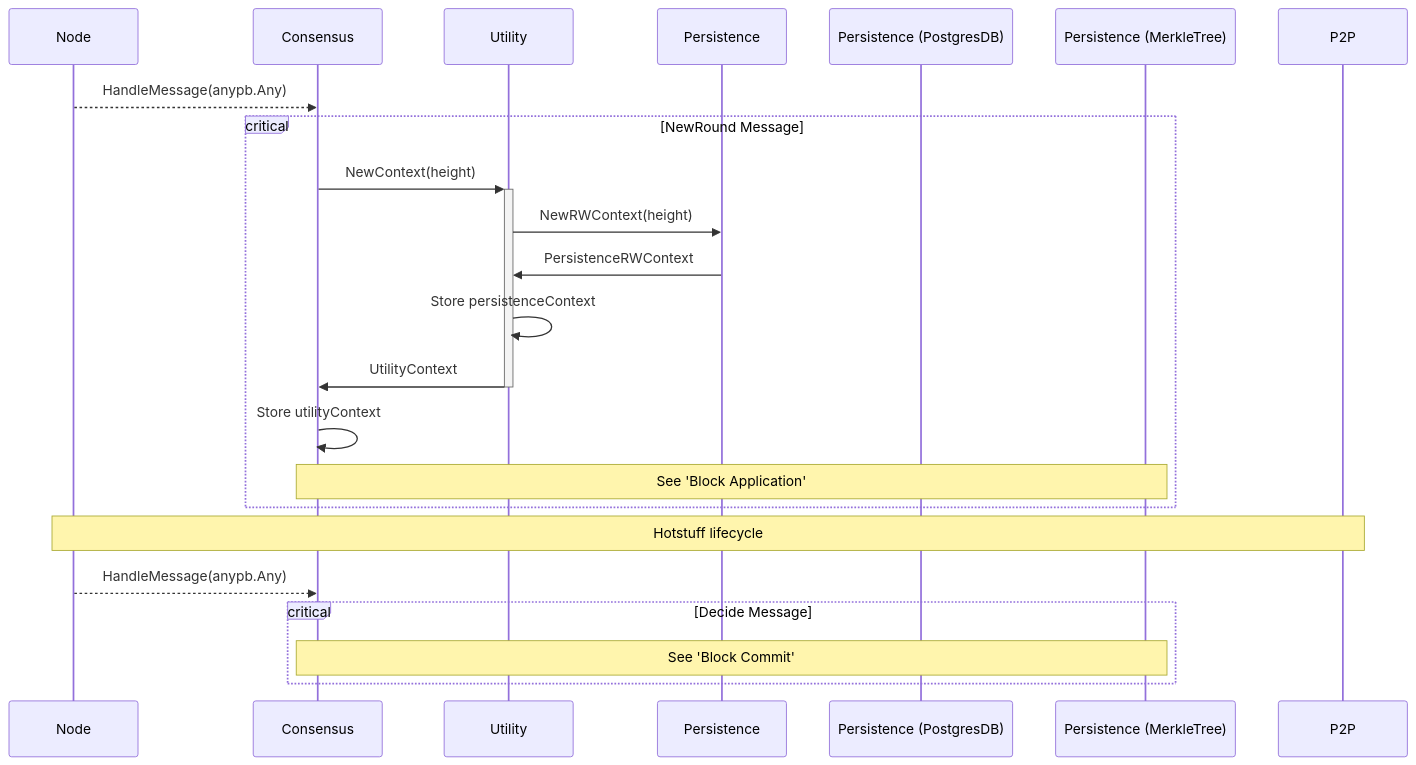
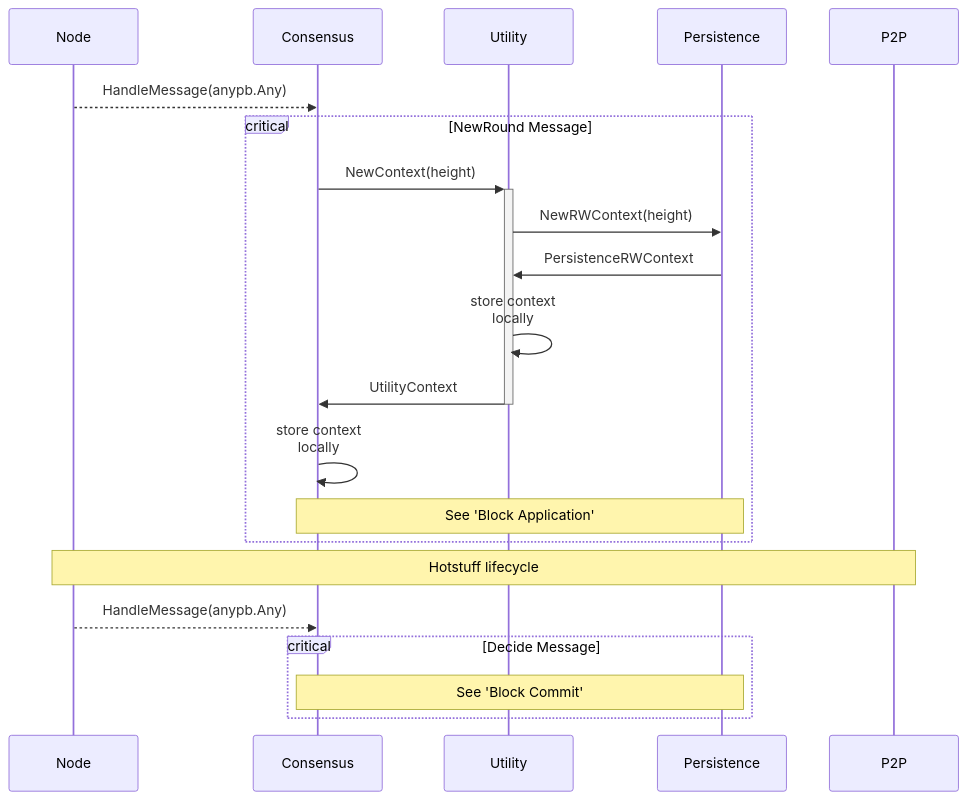
One commit to pokt-network/pocket changed the first of 3 diagrams in shared/docs/flows/AppHash.md. Above: the diagram before and after it, drawn with Mermaid. The commit also changed other lines of this file and 1 other file, not shown here.

Commit message:
Split and update the sequence diagrams

````diff
--- a/shared/docs/flows/AppHash.md
+++ b/shared/docs/flows/AppHash.md
@@ -9,29 +11,27 @@
 ```mermaid
 sequenceDiagram
     %% autonumber
     participant N as Node
     participant C as Consensus
     participant U as Utility
     participant P as Persistence
-    participant PP as Persistence (PostgresDB)
-    participant PM as Persistence (MerkleTree)
     participant P2P as P2P
 
     N-->>C: HandleMessage(anypb.Any)
     critical NewRound Message
         C->>+U: NewContext(height)
         U->>P: NewRWContext(height)
         P->>U: PersistenceRWContext
-        U->>U: Store persistenceContext
+        U->>U: store context<br>locally
         U->>-C: UtilityContext
-        C->>C: Store utilityContext
-        Note over C, PM: See 'Block Application'
+        C->>C: store context<br>locally
+        Note over C, P: See 'Block Application'
     end
 
     Note over N, P2P: Hotstuff lifecycle
     N-->>C: HandleMessage(anypb.Any)
 
     critical Decide Message
-        Note over C, PM: See 'Block Commit'
+        Note over C, P: See 'Block Commit'
     end
 ```
````
